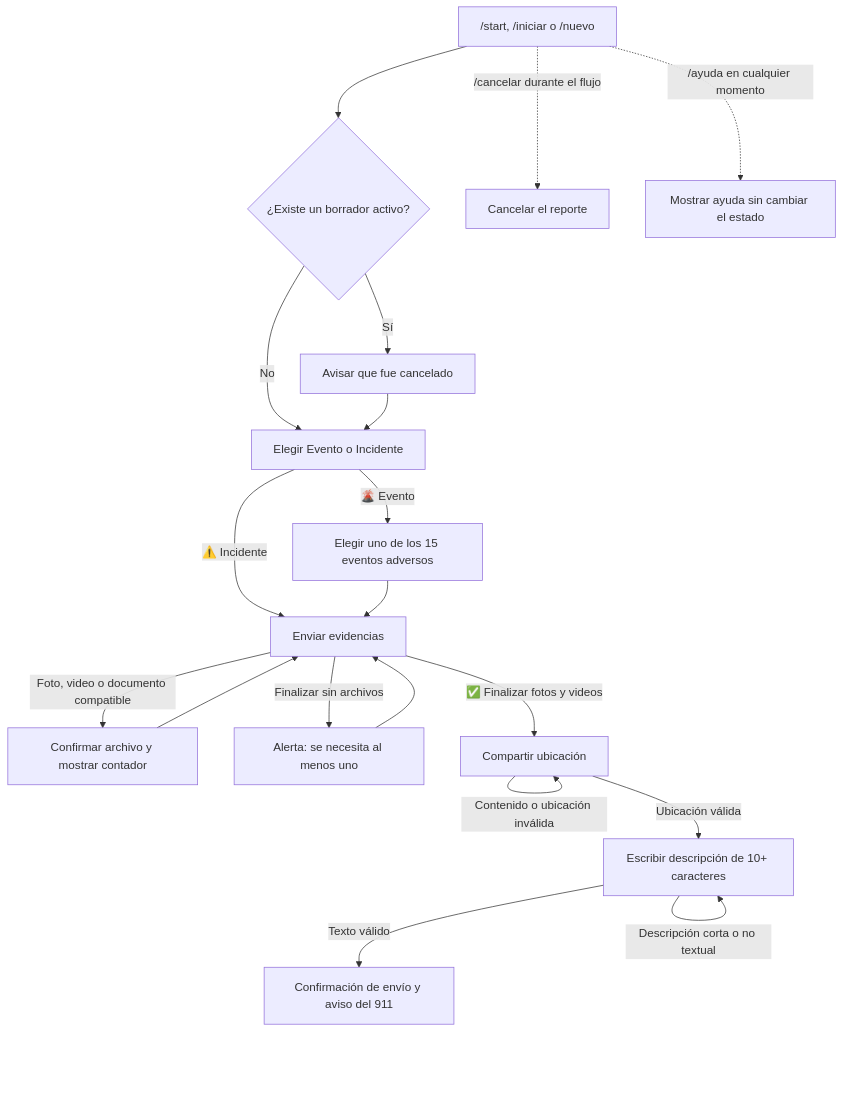
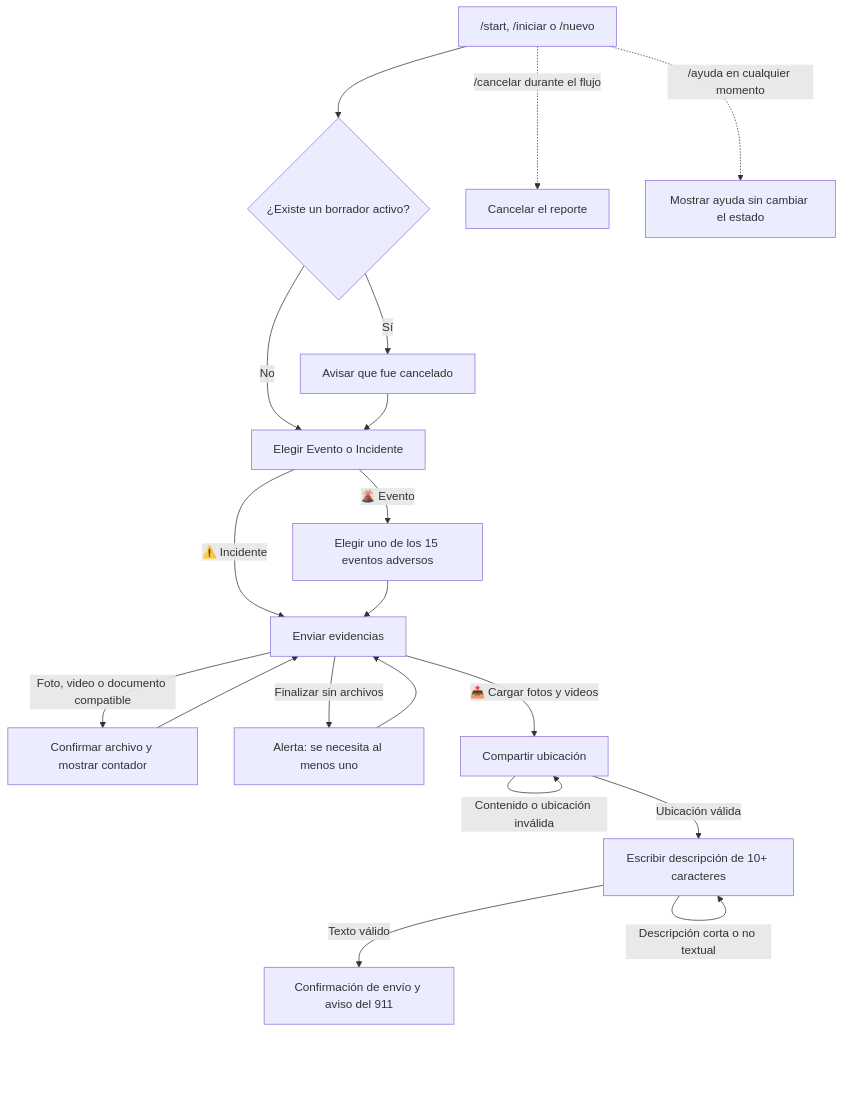
One commit to jhquihuiri7/galapagos_previene changed the diagram in docs/flujo-mensajes-telegram-trabajo.md. Above: the diagram before and after it, drawn with Mermaid. The commit also changed other lines of this file and 4 other files, not shown here.

First line of the commit message:
feat(bot): renombra el botón de evidencias a «Cargar fotos y videos»

````diff
--- a/docs/flujo-mensajes-telegram-trabajo.md
+++ b/docs/flujo-mensajes-telegram-trabajo.md
@@ -5,25 +5,25 @@
 ```mermaid
 flowchart TD
     START["/start, /iniciar o /nuevo"] --> OLD{"¿Existe un borrador activo?"}
     OLD -->|Sí| CANCEL_OLD["Avisar que fue cancelado"]
     OLD -->|No| KIND
     CANCEL_OLD --> KIND["Elegir Evento o Incidente"]
 
     KIND -->|🌋 Evento| EVENT_TYPE["Elegir uno de los 15 eventos adversos"]
     KIND -->|⚠️ Incidente| MEDIA["Enviar evidencias"]
     EVENT_TYPE --> MEDIA
 
     MEDIA -->|Foto, video o documento compatible| MEDIA_OK["Confirmar archivo y mostrar contador"]
     MEDIA_OK --> MEDIA
     MEDIA -->|Finalizar sin archivos| MEDIA_EMPTY["Alerta: se necesita al menos uno"]
     MEDIA_EMPTY --> MEDIA
-    MEDIA -->|✅ Finalizar fotos y videos| LOCATION["Compartir ubicación"]
+    MEDIA -->|📤 Cargar fotos y videos| LOCATION["Compartir ubicación"]
 
     LOCATION -->|Ubicación válida| DESCRIPTION["Escribir descripción de 10+ caracteres"]
     LOCATION -->|Contenido o ubicación inválida| LOCATION
     DESCRIPTION -->|Descripción corta o no textual| DESCRIPTION
     DESCRIPTION -->|Texto válido| SUBMITTED["Confirmación de envío y aviso del 911"]
 
     START -.->|/cancelar durante el flujo| CANCELLED["Cancelar el reporte"]
     START -.->|/ayuda en cualquier momento| HELP["Mostrar ayuda sin cambiar el estado"]
 ```
````
